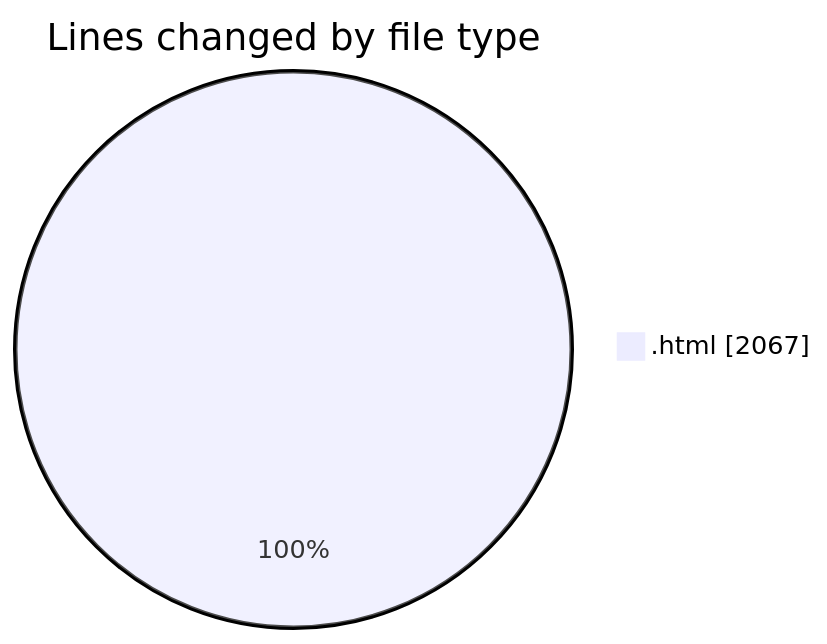
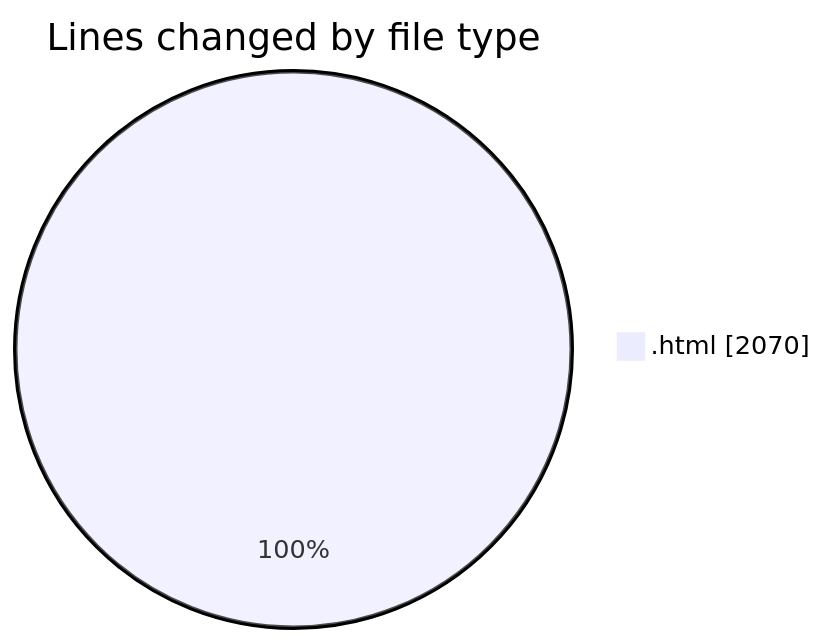
Before and after one commit to Ritupan-Deka/code-tracking: the first of 2 diagrams in 2025-06-17/projects/README.md, drawn with Mermaid. The commit also changed other lines of this file and 1 other file, not shown here.

````diff
--- a/2025-06-17/projects/README.md
+++ b/2025-06-17/projects/README.md
@@ -21,5 +21,5 @@
 ```mermaid
 pie showData
 title Lines changed by file type
-".html" : 2067
+".html" : 2070
 ```
````
